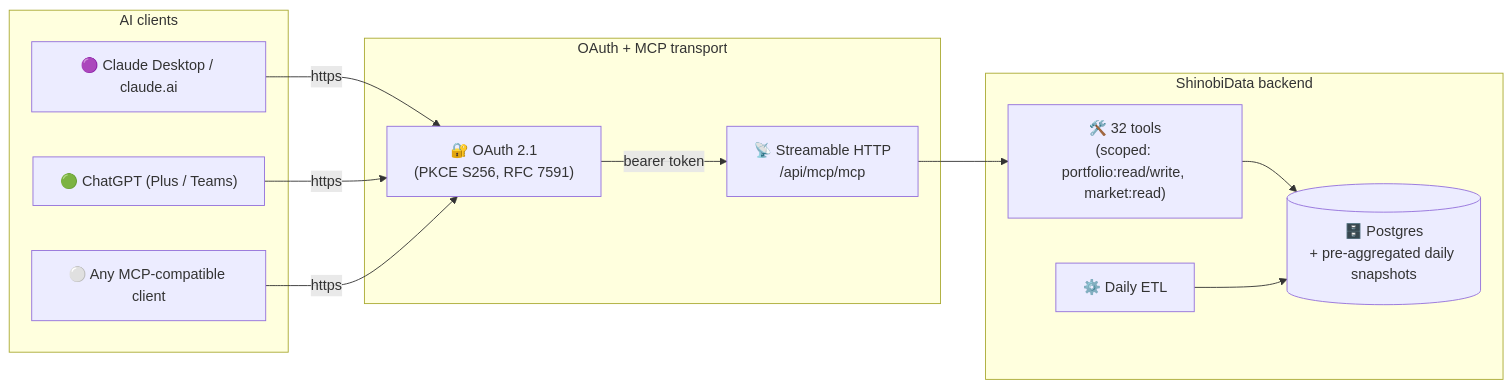
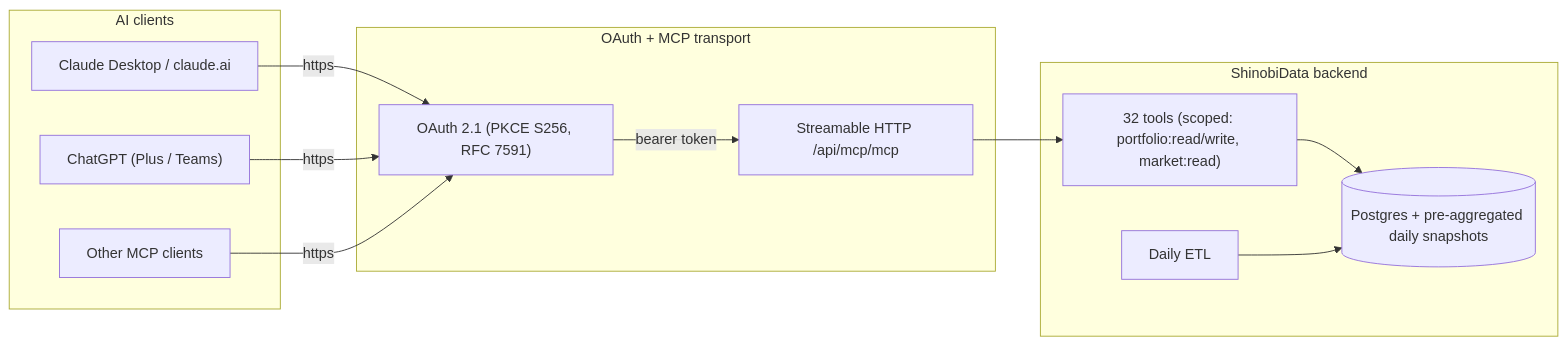
One commit to niyamvora/shinobidata changed the first of 3 diagrams in docs/architecture.md. Above: the diagram before and after it, drawn with Mermaid. The commit also changed other lines of this file and 17 other files, not shown here.

````diff
--- a/docs/architecture.md
+++ b/docs/architecture.md
@@ -9,27 +7,24 @@
 ```mermaid
 flowchart LR
     subgraph clients["AI clients"]
-        C["🟣 Claude Desktop / claude.ai"]
-        G["🟢 ChatGPT (Plus / Teams)"]
-        O["⚪ Any MCP-compatible client"]
+        C["Claude Desktop / claude.ai"]
+        G["ChatGPT (Plus / Teams)"]
+        O["Other MCP clients"]
     end
-
     subgraph protocol["OAuth + MCP transport"]
-        OA["🔐 OAuth 2.1<br/>(PKCE S256, RFC 7591)"]
-        MR["📡 Streamable HTTP<br/>/api/mcp/mcp"]
+        OA["OAuth 2.1 (PKCE S256, RFC 7591)"]
+        MR["Streamable HTTP /api/mcp/mcp"]
     end
-
     subgraph backend["ShinobiData backend"]
-        T["🛠️ 32 tools<br/>(scoped: portfolio:read/write, market:read)"]
-        DB[("🗄️ Postgres<br/>+ pre-aggregated daily snapshots")]
-        ETL["⚙️ Daily ETL"]
+        T["32 tools (scoped: portfolio:read/write, market:read)"]
+        DB[("Postgres + pre-aggregated daily snapshots")]
+        ETL["Daily ETL"]
     end
-
     C -->|"https"| OA
     G -->|"https"| OA
     O -->|"https"| OA
     OA -->|"bearer token"| MR
     MR --> T
     T --> DB
     ETL --> DB
 ```
````
